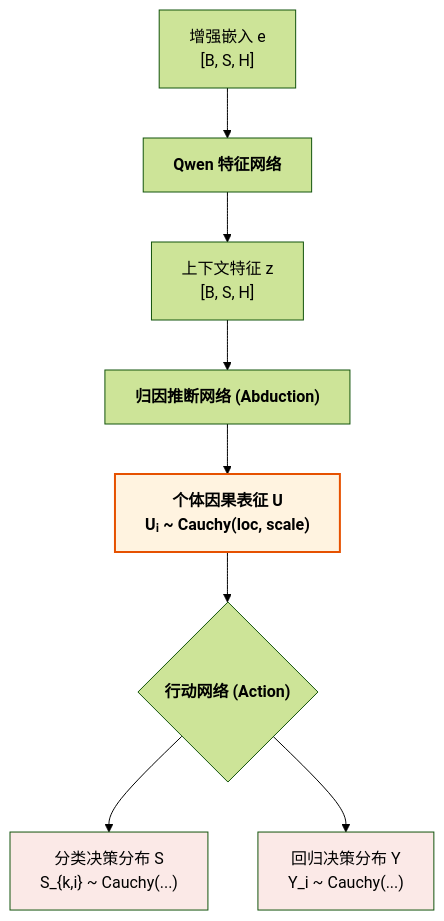
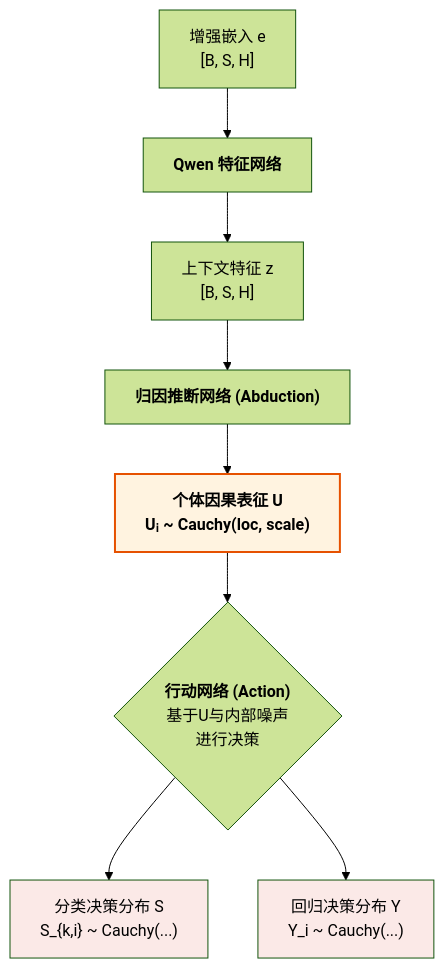
One commit to 1587causalai/CausalQwen changed the third of 8 diagrams in docs/mathematical_foundations.md. Above: the diagram before and after it, drawn with Mermaid (forest theme). The commit also changed other lines of this file, not shown here.

````diff
--- a/docs/mathematical_foundations.md
+++ b/docs/mathematical_foundations.md
@@ -386,15 +423,15 @@
 ```mermaid
 graph TD
     A["增强嵌入 e<br>[B, S, H]"] --> B["<b>Qwen 特征网络</b>"];
     B --> C["上下文特征 z<br>[B, S, H]"];
     C --> D["<b>归因推断网络 (Abduction)</b>"];
     D --> E["<b>个体因果表征 U<br>Uᵢ ~ Cauchy(loc, scale)</b>"];
     
-    E --> F{"<b>行动网络 (Action)</b>"};
+    E --> F{"<b>行动网络 (Action)</b><br>基于U与内部噪声<br>进行决策"};
     F --> G["分类决策分布 S<br>S_{k,i} ~ Cauchy(...)"];
     F --> H["回归决策分布 Y<br>Y_i ~ Cauchy(...)"];
 
     style E fill:#fff3e0,stroke:#e65100,stroke-width:2px
     style G fill:#fbe9e7
     style H fill:#fbe9e7
 ```
````
